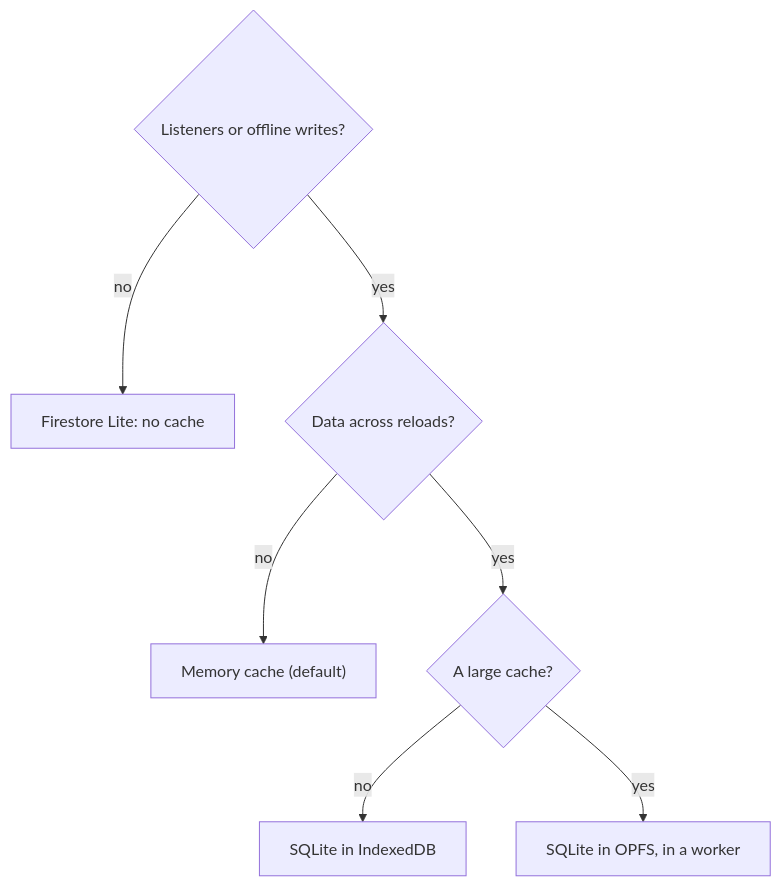
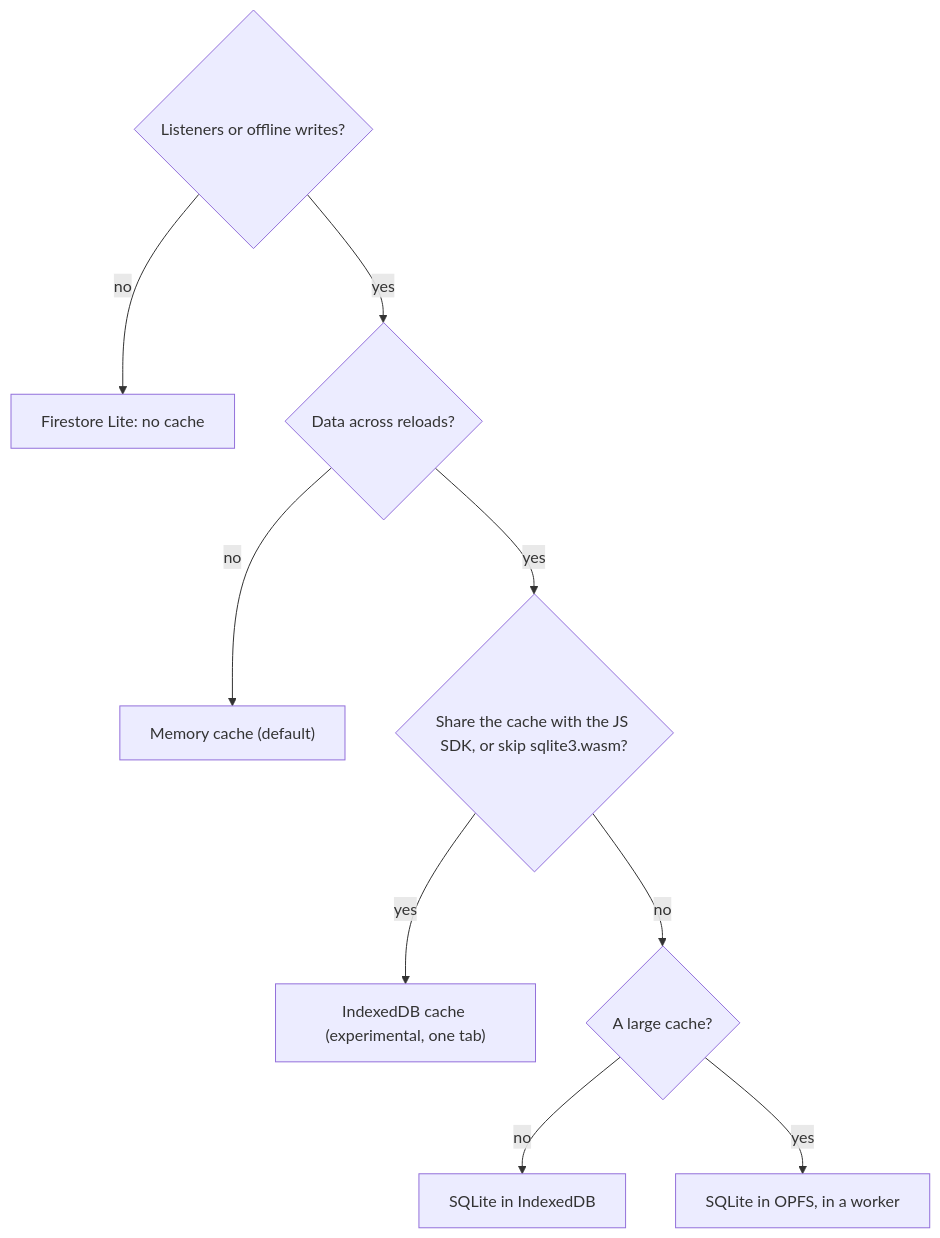
Before and after one commit to long1eu/firebase_dart_sdk: the third of 3 diagrams in docs/guides/web.md, drawn with Mermaid. The commit also changed other lines of this file and 7 other files, not shown here.

First line of the commit message:
Document the experimental IndexedDB cache in the web guide and where the web caches are listed

````diff
--- a/docs/guides/web.md
+++ b/docs/guides/web.md
@@ -188,10 +188,12 @@
 ```mermaid
 flowchart TD
   needLive{"Listeners or offline writes?"}
   needLive -- "no" --> lite["Firestore Lite: no cache"]
   needLive -- "yes" --> needReload{"Data across reloads?"}
   needReload -- "no" --> memory["Memory cache (default)"]
-  needReload -- "yes" --> cacheSize{"A large cache?"}
+  needReload -- "yes" --> jsFormat{"Share the cache with the JS SDK, or skip sqlite3.wasm?"}
+  jsFormat -- "yes" --> idbCache["IndexedDB cache (experimental, one tab)"]
+  jsFormat -- "no" --> cacheSize{"A large cache?"}
   cacheSize -- "no" --> indexedDb["SQLite in IndexedDB"]
   cacheSize -- "yes" --> opfs["SQLite in OPFS, in a worker"]
 ```
````
